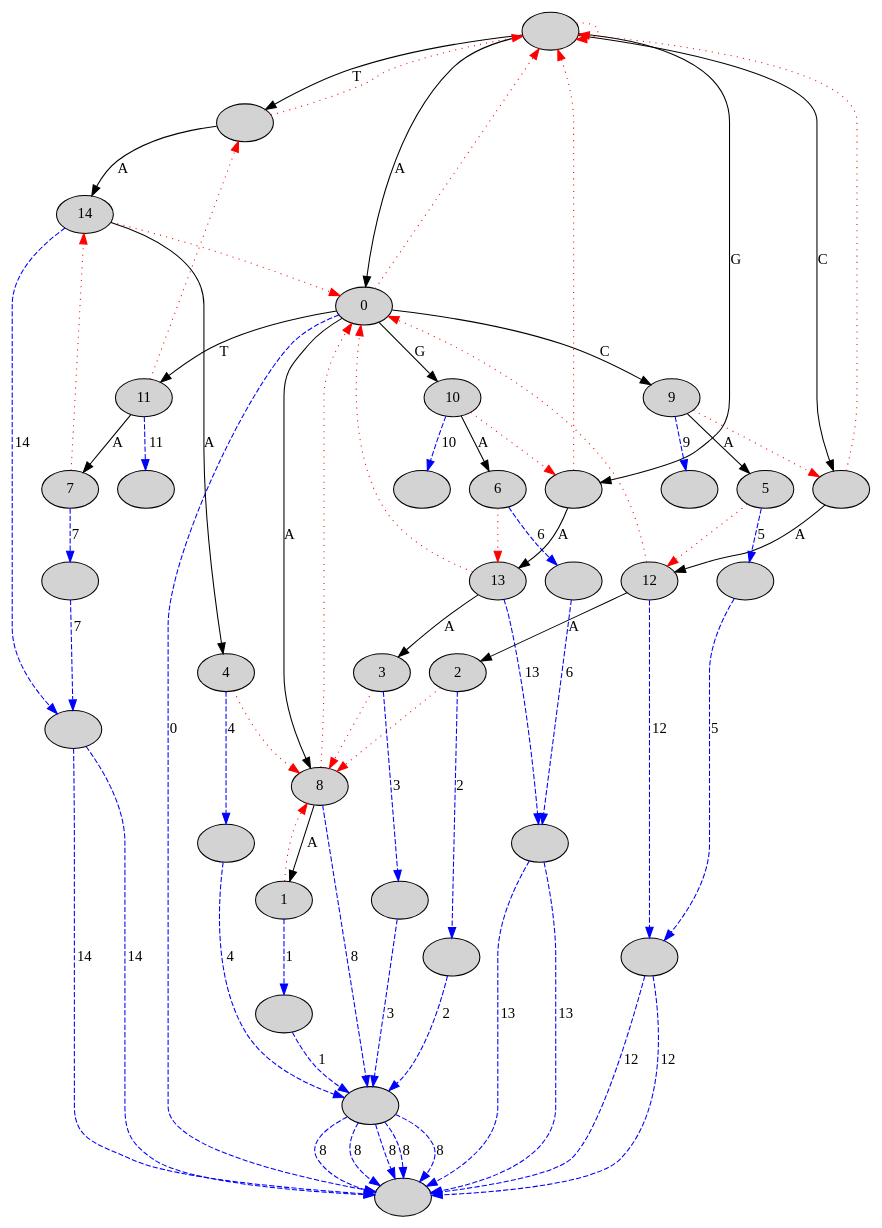
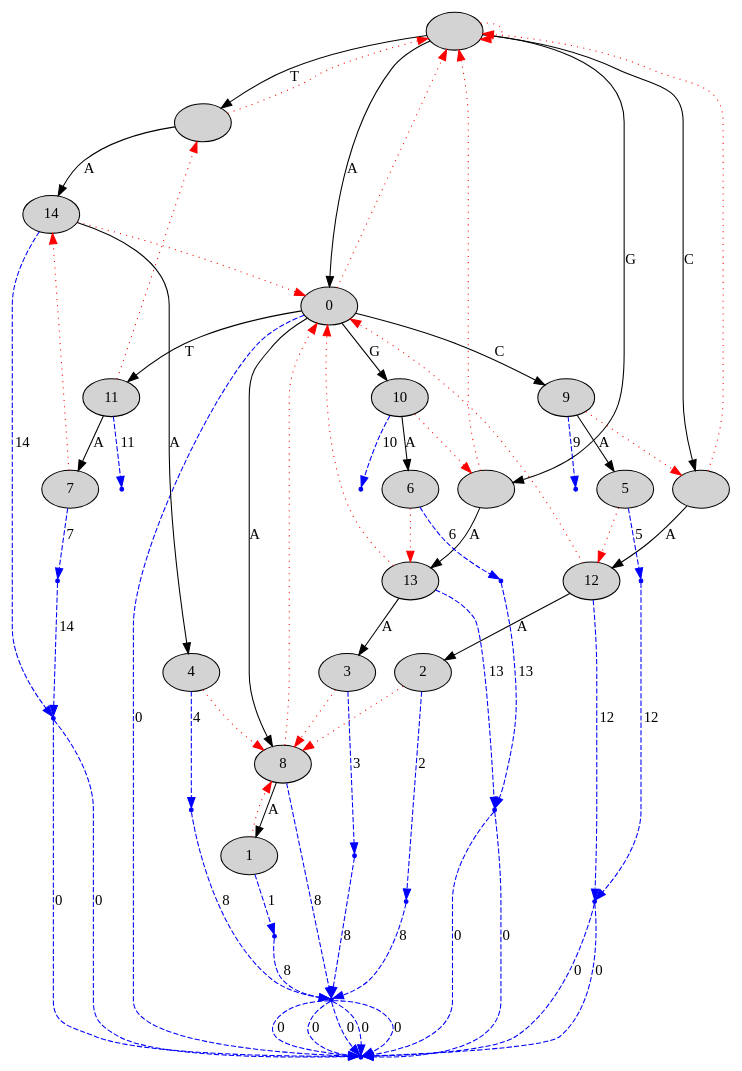
One commit to bioinfau/gsa-read-mapper changed the diagram in mappers_src/read1.dot. Above: the diagram before and after it, drawn with Graphviz. The commit also changed 5 other files, not shown here.

```diff
--- a/mappers_src/read1.dot
+++ b/mappers_src/read1.dot
@@ -1,107 +1,107 @@
 digraph {
 node[style=filled];
-"0x7f8b914028f0" [label=""];
-"0x7f8b914028f0" -> "0x7f8b91402bb0" [label="T"];
-"0x7f8b914028f0" -> "0x7f8b91402b00" [label="G"];
-"0x7f8b914028f0" -> "0x7f8b91402a50" [label="C"];
-"0x7f8b914028f0" -> "0x7f8b91402920" [label="A"];
-"0x7f8b914028f0" -> "0x7f8b914028f0" [style="dotted", color=red];
-"0x7f8b91402bb0" [label=""];
-"0x7f8b91402bb0" -> "0x7f8b91402b80" [label="A"];
-"0x7f8b91402bb0" -> "0x7f8b914028f0" [style="dotted", color=red];
-"0x7f8b91402b80" [label="14"];
-"0x7f8b91402b80" -> "0x7f8b91402b50" [label="A"];
-"0x7f8b91402b80" -> "0x7f8b91402920" [style="dotted", color=red];
-"0x7f8b91402ef0" [label=""];
-"0x7f8b91402b80" -> "0x7f8b91402ef0" [style="dashed", color=blue, label=14];
-"0x7f8b91402ef0" -> "0x7f8b91402ee0" [style="dashed", color=blue, label=14];
-"0x7f8b91402b50" [label="4"];
-"0x7f8b91402b50" -> "0x7f8b914029a0" [style="dotted", color=red];
-"0x7f8b91402e70" [label=""];
-"0x7f8b91402b50" -> "0x7f8b91402e70" [style="dashed", color=blue, label=4];
-"0x7f8b91402e70" -> "0x7f8b91402f50" [style="dashed", color=blue, label=4];
-"0x7f8b91402f50" -> "0x7f8b91402ee0" [style="dashed", color=blue, label=8];
-"0x7f8b91402b00" [label=""];
-"0x7f8b91402b00" -> "0x7f8b91402ad0" [label="A"];
-"0x7f8b91402b00" -> "0x7f8b914028f0" [style="dotted", color=red];
-"0x7f8b91402ad0" [label="13"];
-"0x7f8b91402ad0" -> "0x7f8b91402aa0" [label="A"];
-"0x7f8b91402ad0" -> "0x7f8b91402920" [style="dotted", color=red];
-"0x7f8b91402f00" [label=""];
-"0x7f8b91402ad0" -> "0x7f8b91402f00" [style="dashed", color=blue, label=13];
-"0x7f8b91402f00" -> "0x7f8b91402ee0" [style="dashed", color=blue, label=13];
-"0x7f8b91402aa0" [label="3"];
-"0x7f8b91402aa0" -> "0x7f8b914029a0" [style="dotted", color=red];
-"0x7f8b91402e80" [label=""];
-"0x7f8b91402aa0" -> "0x7f8b91402e80" [style="dashed", color=blue, label=3];
-"0x7f8b91402e80" -> "0x7f8b91402f50" [style="dashed", color=blue, label=3];
-"0x7f8b91402f50" -> "0x7f8b91402ee0" [style="dashed", color=blue, label=8];
-"0x7f8b91402a50" [label=""];
-"0x7f8b91402a50" -> "0x7f8b91402a20" [label="A"];
-"0x7f8b91402a50" -> "0x7f8b914028f0" [style="dotted", color=red];
-"0x7f8b91402a20" [label="12"];
-"0x7f8b91402a20" -> "0x7f8b914029f0" [label="A"];
-"0x7f8b91402a20" -> "0x7f8b91402920" [style="dotted", color=red];
-"0x7f8b91402f10" [label=""];
-"0x7f8b91402a20" -> "0x7f8b91402f10" [style="dashed", color=blue, label=12];
-"0x7f8b91402f10" -> "0x7f8b91402ee0" [style="dashed", color=blue, label=12];
-"0x7f8b914029f0" [label="2"];
-"0x7f8b914029f0" -> "0x7f8b914029a0" [style="dotted", color=red];
-"0x7f8b91402e90" [label=""];
-"0x7f8b914029f0" -> "0x7f8b91402e90" [style="dashed", color=blue, label=2];
-"0x7f8b91402e90" -> "0x7f8b91402f50" [style="dashed", color=blue, label=2];
-"0x7f8b91402f50" -> "0x7f8b91402ee0" [style="dashed", color=blue, label=8];
-"0x7f8b91402920" [label="0"];
-"0x7f8b91402920" -> "0x7f8b91402d30" [label="T"];
-"0x7f8b91402920" -> "0x7f8b91402cb0" [label="G"];
-"0x7f8b91402920" -> "0x7f8b91402c30" [label="C"];
-"0x7f8b91402920" -> "0x7f8b914029a0" [label="A"];
-"0x7f8b91402920" -> "0x7f8b914028f0" [style="dotted", color=red];
-"0x7f8b91402ee0" [label=""];
-"0x7f8b91402920" -> "0x7f8b91402ee0" [style="dashed", color=blue, label=0];
-"0x7f8b91402d30" [label="11"];
-"0x7f8b91402d30" -> "0x7f8b91402d00" [label="A"];
-"0x7f8b91402d30" -> "0x7f8b91402bb0" [style="dotted", color=red];
-"0x7f8b91402f20" [label=""];
-"0x7f8b91402d30" -> "0x7f8b91402f20" [style="dashed", color=blue, label=11];
-"0x7f8b91402d00" [label="7"];
-"0x7f8b91402d00" -> "0x7f8b91402b80" [style="dotted", color=red];
-"0x7f8b91402ea0" [label=""];
-"0x7f8b91402d00" -> "0x7f8b91402ea0" [style="dashed", color=blue, label=7];
-"0x7f8b91402ea0" -> "0x7f8b91402ef0" [style="dashed", color=blue, label=7];
-"0x7f8b91402ef0" -> "0x7f8b91402ee0" [style="dashed", color=blue, label=14];
-"0x7f8b91402cb0" [label="10"];
-"0x7f8b91402cb0" -> "0x7f8b91402c80" [label="A"];
-"0x7f8b91402cb0" -> "0x7f8b91402b00" [style="dotted", color=red];
-"0x7f8b91402f30" [label=""];
-"0x7f8b91402cb0" -> "0x7f8b91402f30" [style="dashed", color=blue, label=10];
-"0x7f8b91402c80" [label="6"];
-"0x7f8b91402c80" -> "0x7f8b91402ad0" [style="dotted", color=red];
-"0x7f8b91402eb0" [label=""];
-"0x7f8b91402c80" -> "0x7f8b91402eb0" [style="dashed", color=blue, label=6];
-"0x7f8b91402eb0" -> "0x7f8b91402f00" [style="dashed", color=blue, label=6];
-"0x7f8b91402f00" -> "0x7f8b91402ee0" [style="dashed", color=blue, label=13];
-"0x7f8b91402c30" [label="9"];
-"0x7f8b91402c30" -> "0x7f8b91402c00" [label="A"];
-"0x7f8b91402c30" -> "0x7f8b91402a50" [style="dotted", color=red];
-"0x7f8b91402f40" [label=""];
-"0x7f8b91402c30" -> "0x7f8b91402f40" [style="dashed", color=blue, label=9];
-"0x7f8b91402c00" [label="5"];
-"0x7f8b91402c00" -> "0x7f8b91402a20" [style="dotted", color=red];
-"0x7f8b91402ec0" [label=""];
-"0x7f8b91402c00" -> "0x7f8b91402ec0" [style="dashed", color=blue, label=5];
-"0x7f8b91402ec0" -> "0x7f8b91402f10" [style="dashed", color=blue, label=5];
-"0x7f8b91402f10" -> "0x7f8b91402ee0" [style="dashed", color=blue, label=12];
-"0x7f8b914029a0" [label="8"];
-"0x7f8b914029a0" -> "0x7f8b91402970" [label="A"];
-"0x7f8b914029a0" -> "0x7f8b91402920" [style="dotted", color=red];
-"0x7f8b91402f50" [label=""];
-"0x7f8b914029a0" -> "0x7f8b91402f50" [style="dashed", color=blue, label=8];
-"0x7f8b91402f50" -> "0x7f8b91402ee0" [style="dashed", color=blue, label=8];
-"0x7f8b91402970" [label="1"];
-"0x7f8b91402970" -> "0x7f8b914029a0" [style="dotted", color=red];
-"0x7f8b91402ed0" [label=""];
-"0x7f8b91402970" -> "0x7f8b91402ed0" [style="dashed", color=blue, label=1];
-"0x7f8b91402ed0" -> "0x7f8b91402f50" [style="dashed", color=blue, label=1];
-"0x7f8b91402f50" -> "0x7f8b91402ee0" [style="dashed", color=blue, label=8];
+"0x7febf9c028e0" [label=""];
+"0x7febf9c028e0" -> "0x7febf9c02c40" [label="T"];
+"0x7febf9c028e0" -> "0x7febf9c02b70" [label="G"];
+"0x7febf9c028e0" -> "0x7febf9c02aa0" [label="C"];
+"0x7febf9c028e0" -> "0x7febf9c02930" [label="A"];
+"0x7febf9c028e0" -> "0x7febf9c028e0" [style="dotted", color=red];
+"0x7febf9c02c40" [label=""];
+"0x7febf9c02c40" -> "0x7febf9c02c10" [label="A"];
+"0x7febf9c02c40" -> "0x7febf9c028e0" [style="dotted", color=red];
+"0x7febf9c02c10" [label="14"];
+"0x7febf9c02c10" -> "0x7febf9c02be0" [label="A"];
+"0x7febf9c02c10" -> "0x7febf9c02930" [style="dotted", color=red];
+"0x7febf9c030e0" [color=blue, shape=point];
+"0x7febf9c02c10" -> "0x7febf9c030e0" [style="dashed", color=blue, label=14];
+"0x7febf9c030e0" -> "0x7febf9c030d0" [style="dashed", color=blue, label=0];
+"0x7febf9c02be0" [label="4"];
+"0x7febf9c02be0" -> "0x7febf9c029d0" [style="dotted", color=red];
+"0x7febf9c03060" [color=blue, shape=point];
+"0x7febf9c02be0" -> "0x7febf9c03060" [style="dashed", color=blue, label=4];
+"0x7febf9c03060" -> "0x7febf9c03140" [style="dashed", color=blue, label=8];
+"0x7febf9c03140" -> "0x7febf9c030d0" [style="dashed", color=blue, label=0];
+"0x7febf9c02b70" [label=""];
+"0x7febf9c02b70" -> "0x7febf9c02b40" [label="A"];
+"0x7febf9c02b70" -> "0x7febf9c028e0" [style="dotted", color=red];
+"0x7febf9c02b40" [label="13"];
+"0x7febf9c02b40" -> "0x7febf9c02b10" [label="A"];
+"0x7febf9c02b40" -> "0x7febf9c02930" [style="dotted", color=red];
+"0x7febf9c030f0" [color=blue, shape=point];
+"0x7febf9c02b40" -> "0x7febf9c030f0" [style="dashed", color=blue, label=13];
+"0x7febf9c030f0" -> "0x7febf9c030d0" [style="dashed", color=blue, label=0];
+"0x7febf9c02b10" [label="3"];
+"0x7febf9c02b10" -> "0x7febf9c029d0" [style="dotted", color=red];
+"0x7febf9c03070" [color=blue, shape=point];
+"0x7febf9c02b10" -> "0x7febf9c03070" [style="dashed", color=blue, label=3];
+"0x7febf9c03070" -> "0x7febf9c03140" [style="dashed", color=blue, label=8];
+"0x7febf9c03140" -> "0x7febf9c030d0" [style="dashed", color=blue, label=0];
+"0x7febf9c02aa0" [label=""];
+"0x7febf9c02aa0" -> "0x7febf9c02a70" [label="A"];
+"0x7febf9c02aa0" -> "0x7febf9c028e0" [style="dotted", color=red];
+"0x7febf9c02a70" [label="12"];
+"0x7febf9c02a70" -> "0x7febf9c02a40" [label="A"];
+"0x7febf9c02a70" -> "0x7febf9c02930" [style="dotted", color=red];
+"0x7febf9c03100" [color=blue, shape=point];
+"0x7febf9c02a70" -> "0x7febf9c03100" [style="dashed", color=blue, label=12];
+"0x7febf9c03100" -> "0x7febf9c030d0" [style="dashed", color=blue, label=0];
+"0x7febf9c02a40" [label="2"];
+"0x7febf9c02a40" -> "0x7febf9c029d0" [style="dotted", color=red];
+"0x7febf9c03080" [color=blue, shape=point];
+"0x7febf9c02a40" -> "0x7febf9c03080" [style="dashed", color=blue, label=2];
+"0x7febf9c03080" -> "0x7febf9c03140" [style="dashed", color=blue, label=8];
+"0x7febf9c03140" -> "0x7febf9c030d0" [style="dashed", color=blue, label=0];
+"0x7febf9c02930" [label="0"];
+"0x7febf9c02930" -> "0x7febf9c02e40" [label="T"];
+"0x7febf9c02930" -> "0x7febf9c02da0" [label="G"];
+"0x7febf9c02930" -> "0x7febf9c02d00" [label="C"];
+"0x7febf9c02930" -> "0x7febf9c029d0" [label="A"];
+"0x7febf9c02930" -> "0x7febf9c028e0" [style="dotted", color=red];
+"0x7febf9c030d0" [color=blue, shape=point];
+"0x7febf9c02930" -> "0x7febf9c030d0" [style="dashed", color=blue, label=0];
+"0x7febf9c02e40" [label="11"];
+"0x7febf9c02e40" -> "0x7febf9c02e10" [label="A"];
+"0x7febf9c02e40" -> "0x7febf9c02c40" [style="dotted", color=red];
+"0x7febf9c03110" [color=blue, shape=point];
+"0x7febf9c02e40" -> "0x7febf9c03110" [style="dashed", color=blue, label=11];
+"0x7febf9c02e10" [label="7"];
+"0x7febf9c02e10" -> "0x7febf9c02c10" [style="dotted", color=red];
+"0x7febf9c03090" [color=blue, shape=point];
+"0x7febf9c02e10" -> "0x7febf9c03090" [style="dashed", color=blue, label=7];
+"0x7febf9c03090" -> "0x7febf9c030e0" [style="dashed", color=blue, label=14];
+"0x7febf9c030e0" -> "0x7febf9c030d0" [style="dashed", color=blue, label=0];
+"0x7febf9c02da0" [label="10"];
+"0x7febf9c02da0" -> "0x7febf9c02d70" [label="A"];
+"0x7febf9c02da0" -> "0x7febf9c02b70" [style="dotted", color=red];
+"0x7febf9c03120" [color=blue, shape=point];
+"0x7febf9c02da0" -> "0x7febf9c03120" [style="dashed", color=blue, label=10];
+"0x7febf9c02d70" [label="6"];
+"0x7febf9c02d70" -> "0x7febf9c02b40" [style="dotted", color=red];
+"0x7febf9c030a0" [color=blue, shape=point];
+"0x7febf9c02d70" -> "0x7febf9c030a0" [style="dashed", color=blue, label=6];
+"0x7febf9c030a0" -> "0x7febf9c030f0" [style="dashed", color=blue, label=13];
+"0x7febf9c030f0" -> "0x7febf9c030d0" [style="dashed", color=blue, label=0];
+"0x7febf9c02d00" [label="9"];
+"0x7febf9c02d00" -> "0x7febf9c02cd0" [label="A"];
+"0x7febf9c02d00" -> "0x7febf9c02aa0" [style="dotted", color=red];
+"0x7febf9c03130" [color=blue, shape=point];
+"0x7febf9c02d00" -> "0x7febf9c03130" [style="dashed", color=blue, label=9];
+"0x7febf9c02cd0" [label="5"];
+"0x7febf9c02cd0" -> "0x7febf9c02a70" [style="dotted", color=red];
+"0x7febf9c030b0" [color=blue, shape=point];
+"0x7febf9c02cd0" -> "0x7febf9c030b0" [style="dashed", color=blue, label=5];
+"0x7febf9c030b0" -> "0x7febf9c03100" [style="dashed", color=blue, label=12];
+"0x7febf9c03100" -> "0x7febf9c030d0" [style="dashed", color=blue, label=0];
+"0x7febf9c029d0" [label="8"];
+"0x7febf9c029d0" -> "0x7febf9c029a0" [label="A"];
+"0x7febf9c029d0" -> "0x7febf9c02930" [style="dotted", color=red];
+"0x7febf9c03140" [color=blue, shape=point];
+"0x7febf9c029d0" -> "0x7febf9c03140" [style="dashed", color=blue, label=8];
+"0x7febf9c03140" -> "0x7febf9c030d0" [style="dashed", color=blue, label=0];
+"0x7febf9c029a0" [label="1"];
+"0x7febf9c029a0" -> "0x7febf9c029d0" [style="dotted", color=red];
+"0x7febf9c030c0" [color=blue, shape=point];
+"0x7febf9c029a0" -> "0x7febf9c030c0" [style="dashed", color=blue, label=1];
+"0x7febf9c030c0" -> "0x7febf9c03140" [style="dashed", color=blue, label=8];
+"0x7febf9c03140" -> "0x7febf9c030d0" [style="dashed", color=blue, label=0];
 }
```
